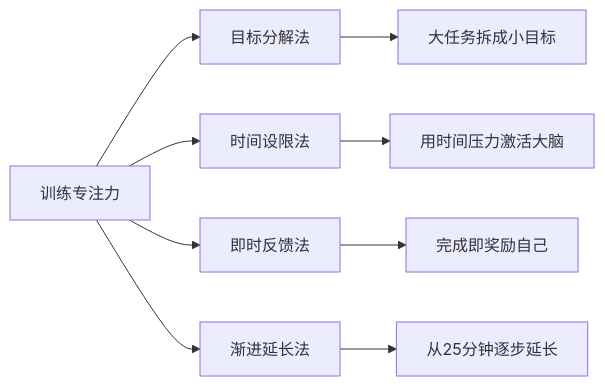
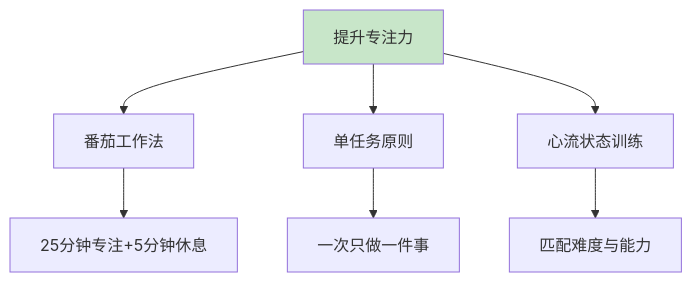
Before and after one commit to chongyang211/YCBookBlog: the third of 7 diagrams in 10.打工充平常记录/10.自我精进七课/07.底层思维的训练/7.1专注能力的提升.md, drawn with Mermaid. The commit also changed other lines of this file and 55 other files, not shown here.

````diff
--- a/10.打工充平常记录/10.自我精进七课/07.底层思维的训练/7.1专注能力的提升.md
+++ b/10.打工充平常记录/10.自我精进七课/07.底层思维的训练/7.1专注能力的提升.md
@@ -171,11 +99,10 @@
 ```mermaid
-graph LR
-    A[训练专注力] --> B[目标分解法]
-    A --> C[时间设限法]
-    A --> D[即时反馈法]
-    A --> E[渐进延长法]
-    B --> B1[大任务拆成小目标]
-    C --> C1[用时间压力激活大脑]
-    D --> D1[完成即奖励自己]
-    E --> E1[从25分钟逐步延长]
+graph TD
+    A[提升专注力] --> B[番茄工作法]
+    A --> C[单任务原则]
+    A --> D[心流状态训练]
+    B --> B1[25分钟专注+5分钟休息]
+    C --> C1[一次只做一件事]
+    D --> D1[匹配难度与能力]
+    style A fill:#c8e6c9
 ```
````
